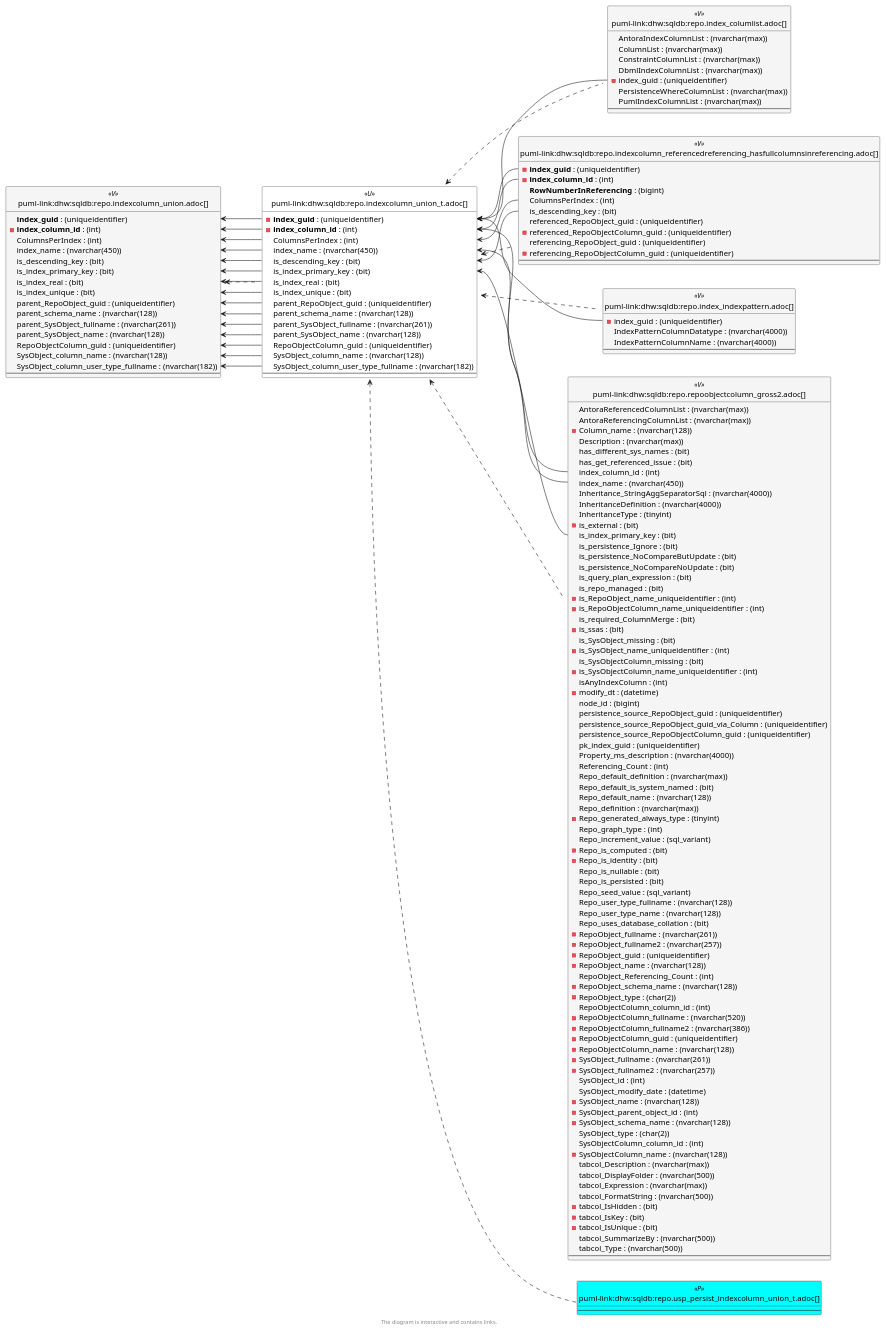
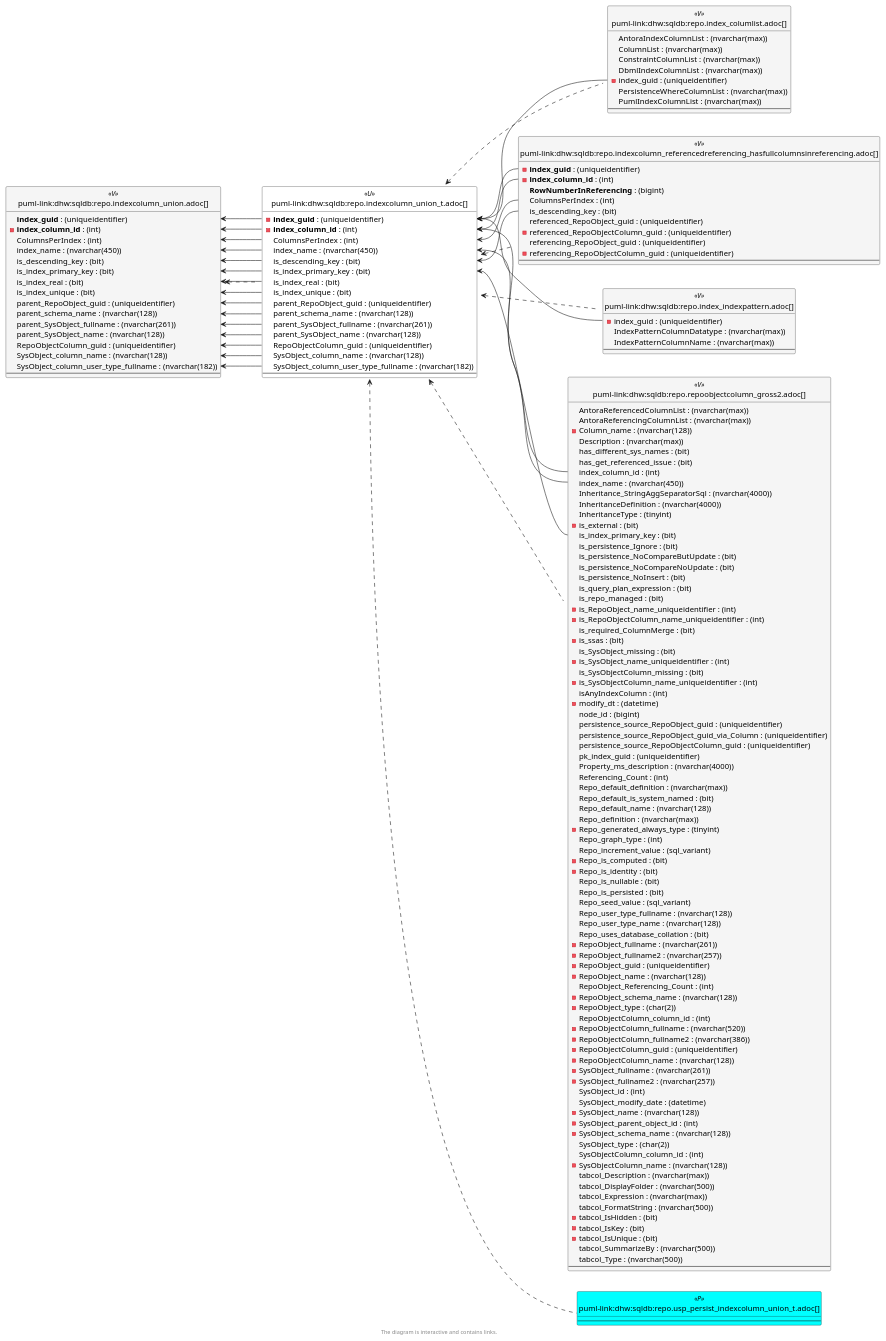
Before and after one commit to DataHandwerk/dhw-antora-sqldb: the sixth of 6 diagrams in docs/modules/sqldb/partials/content/repo.indexcolumn_union_t.adoc, drawn with PlantUML. The commit also changed other lines of this file and 701 other files, not shown here.

```diff
--- a/docs/modules/sqldb/partials/content/repo.indexcolumn_union_t.adoc
+++ b/docs/modules/sqldb/partials/content/repo.indexcolumn_union_t.adoc
@@ -2242,8 +2261,8 @@
 
 entity "puml-link:dhw:sqldb:repo.index_indexpattern.adoc[]" as repo.Index_IndexPattern << V >> {
   - index_guid : (uniqueidentifier)
-  IndexPatternColumnDatatype : (nvarchar(4000))
-  IndexPatternColumnName : (nvarchar(4000))
+  IndexPatternColumnDatatype : (nvarchar(max))
+  IndexPatternColumnName : (nvarchar(max))
   --
 }
 
@@ -2315,6 +2334,7 @@
   is_persistence_Ignore : (bit)
   is_persistence_NoCompareButUpdate : (bit)
   is_persistence_NoCompareNoUpdate : (bit)
+  is_persistence_NoInsert : (bit)
   is_query_plan_expression : (bit)
   is_repo_managed : (bit)
   - is_RepoObject_name_uniqueidentifier : (int)
@@ -2389,10 +2409,10 @@
 
 repo.IndexColumn_union <.. repo.IndexColumn_union_T
 repo.IndexColumn_union_T <.. repo.Index_ColumList
+repo.IndexColumn_union_T <.. repo.Index_IndexPattern
+repo.IndexColumn_union_T <.. repo.IndexColumn_ReferencedReferencing_HasFullColumnsInReferencing
 repo.IndexColumn_union_T <.. repo.RepoObjectColumn_gross2
 repo.IndexColumn_union_T <.. repo.usp_PERSIST_IndexColumn_union_T
-repo.IndexColumn_union_T <.. repo.IndexColumn_ReferencedReferencing_HasFullColumnsInReferencing
-repo.IndexColumn_union_T <.. repo.Index_IndexPattern
 "repo.IndexColumn_union::ColumnsPerIndex" <-- "repo.IndexColumn_union_T::ColumnsPerIndex"
 "repo.IndexColumn_union::index_column_id" <-- "repo.IndexColumn_union_T::index_column_id"
 "repo.IndexColumn_union::index_guid" <-- "repo.IndexColumn_union_T::index_guid"
@@ -2409,11 +2429,11 @@
 "repo.IndexColumn_union::SysObject_column_name" <-- "repo.IndexColumn_union_T::SysObject_column_name"
 "repo.IndexColumn_union::SysObject_column_user_type_fullname" <-- "repo.IndexColumn_union_T::SysObject_column_user_type_fullname"
 "repo.IndexColumn_union_T::ColumnsPerIndex" <-- "repo.IndexColumn_ReferencedReferencing_HasFullColumnsInReferencing::ColumnsPerIndex"
+"repo.IndexColumn_union_T::index_column_id" <-- "repo.IndexColumn_ReferencedReferencing_HasFullColumnsInReferencing::index_column_id"
 "repo.IndexColumn_union_T::index_column_id" <-- "repo.RepoObjectColumn_gross2::index_column_id"
-"repo.IndexColumn_union_T::index_column_id" <-- "repo.IndexColumn_ReferencedReferencing_HasFullColumnsInReferencing::index_column_id"
+"repo.IndexColumn_union_T::index_guid" <-- "repo.Index_ColumList::index_guid"
+"repo.IndexColumn_union_T::index_guid" <-- "repo.Index_IndexPattern::index_guid"
 "repo.IndexColumn_union_T::index_guid" <-- "repo.IndexColumn_ReferencedReferencing_HasFullColumnsInReferencing::index_guid"
-"repo.IndexColumn_union_T::index_guid" <-- "repo.Index_IndexPattern::index_guid"
-"repo.IndexColumn_union_T::index_guid" <-- "repo.Index_ColumList::index_guid"
 "repo.IndexColumn_union_T::index_name" <-- "repo.RepoObjectColumn_gross2::index_name"
 "repo.IndexColumn_union_T::is_descending_key" <-- "repo.IndexColumn_ReferencedReferencing_HasFullColumnsInReferencing::is_descending_key"
 "repo.IndexColumn_union_T::is_index_primary_key" <-- "repo.RepoObjectColumn_gross2::is_index_primary_key"
```
